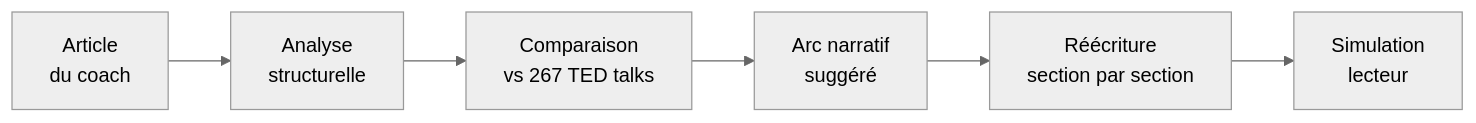
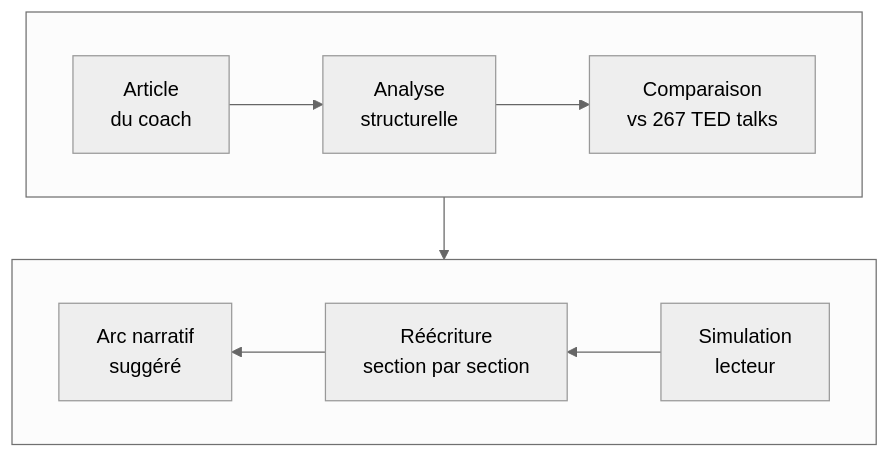
The fourth of 6 diagrams in content/applications.md (jbdaudet/leplusgrandnombre), drawn with Mermaid (neutral theme) before and after one commit. The commit also changed other lines of this file and 3 other files, not shown here.

```diff
--- a/content/applications.md
+++ b/content/applications.md
@@ -142,8 +142,12 @@
 {{< mermaid >}}
-flowchart LR
-    A["Article\ndu coach"] --> B["Analyse\nstructurelle"]
-    B --> C["Comparaison\nvs 267 TED talks"]
-    C --> D["Arc narratif\nsuggéré"]
-    D --> E["Réécriture\nsection par section"]
-    E --> F["Simulation\nlecteur"]
+flowchart TB
+  subgraph row1 [" "]
+    direction LR
+    A["Article\ndu coach"] --> B["Analyse\nstructurelle"] --> C["Comparaison\nvs 267 TED talks"]
+  end
+  subgraph row2 [" "]
+    direction RL
+    F["Simulation\nlecteur"] --> E["Réécriture\nsection par section"] --> D["Arc narratif\nsuggéré"]
+  end
+  C --> D
 {{< /mermaid >}}
```
